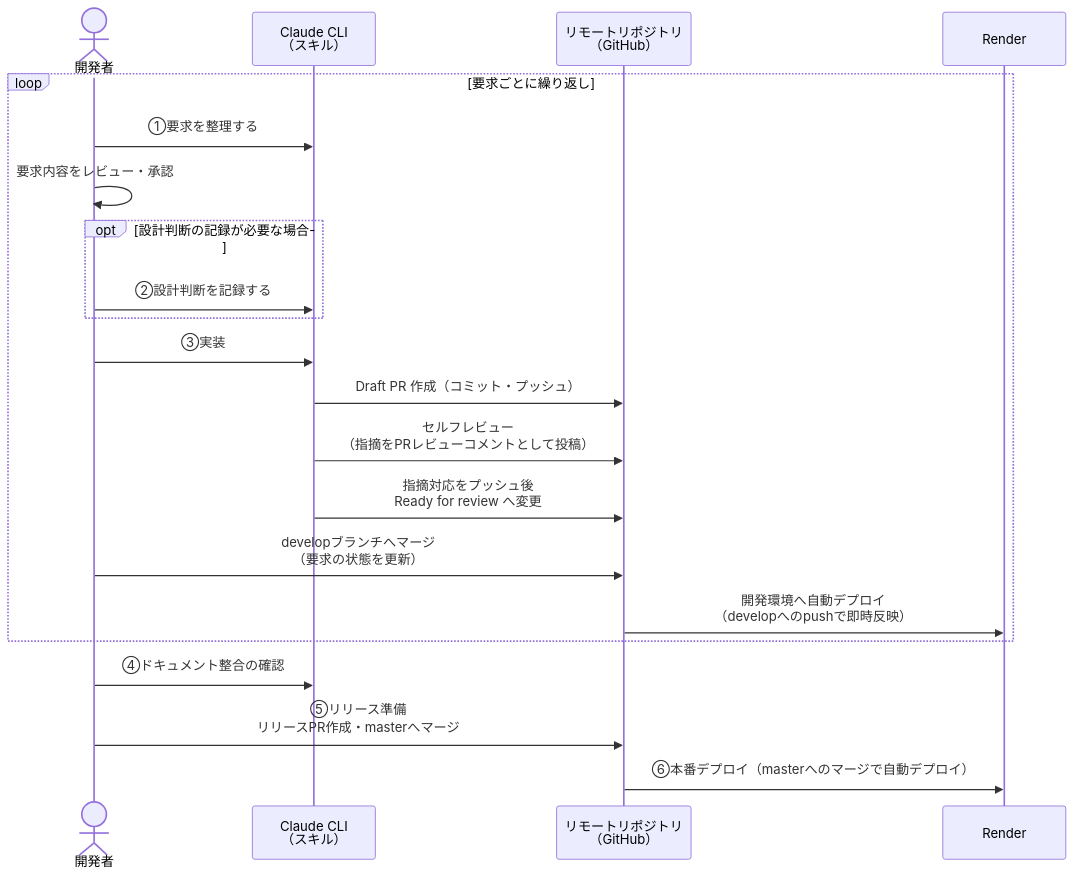
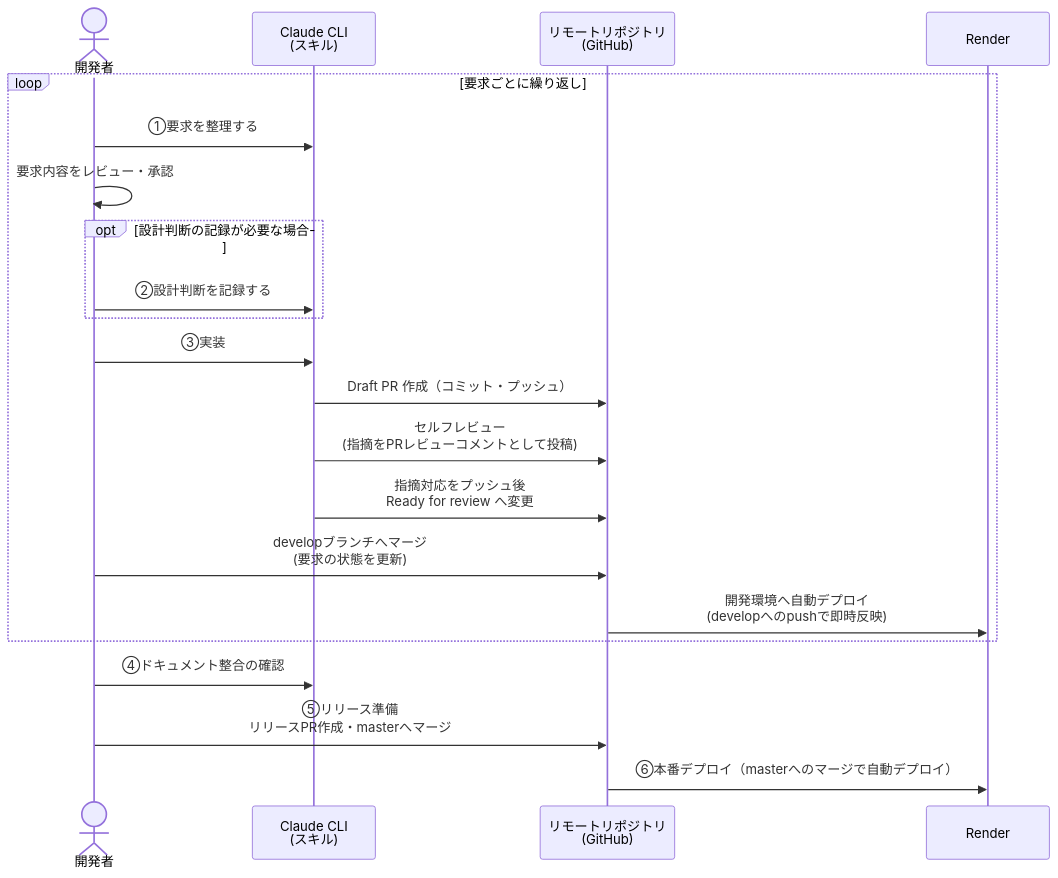
Before and after one commit to my-shelfio/ennx: the diagram in .claude/rules/git-workflow.md, drawn with Mermaid.

Commit message:
fix: リモート反映時の転記ずれを修正（誤字・全角半角・表罫線幅）

````diff
--- a/.claude/rules/git-workflow.md
+++ b/.claude/rules/git-workflow.md
@@ -92,24 +92,24 @@
 ```mermaid
 sequenceDiagram
     actor P1 as 開発者
-    participant C as Claude CLI<br>（スキル）
-    participant R as リモートリポジトリ<br>（GitHub）
+    participant C as Claude CLI<br>(スキル)
+    participant R as リモートリポジトリ<br>(GitHub)
     participant A as Render
 
     loop 要求ごとに繰り返し
         P1->>C: ①要求を整理する
         P1->>P1: 要求内容をレビュー・承認
         opt 設計判断の記録が必要な場合
             P1->>C: ②設計判断を記録する
         end
         P1->>C: ③実装
         C->>R: Draft PR 作成（コミット・プッシュ）
-        C->>R: セルフレビュー<br>（指摘をPRレビューコメントとして投稿）
+        C->>R: セルフレビュー<br>(指摘をPRレビューコメントとして投稿)
         C->>R: 指摘対応をプッシュ後<br>Ready for review へ変更
-        P1->>R: developブランチへマージ<br>（要求の状態を更新）
-        R->>A: 開発環境へ自動デプロイ<br>（developへのpushで即時反映）
+        P1->>R: developブランチへマージ<br>(要求の状態を更新)
+        R->>A: 開発環境へ自動デプロイ<br>(developへのpushで即時反映)
     end
     P1->>C: ④ドキュメント整合の確認
     P1->>R: ⑤リリース準備<br>リリースPR作成・masterへマージ
     R->>A: ⑥本番デプロイ（masterへのマージで自動デプロイ）
 ```
````
